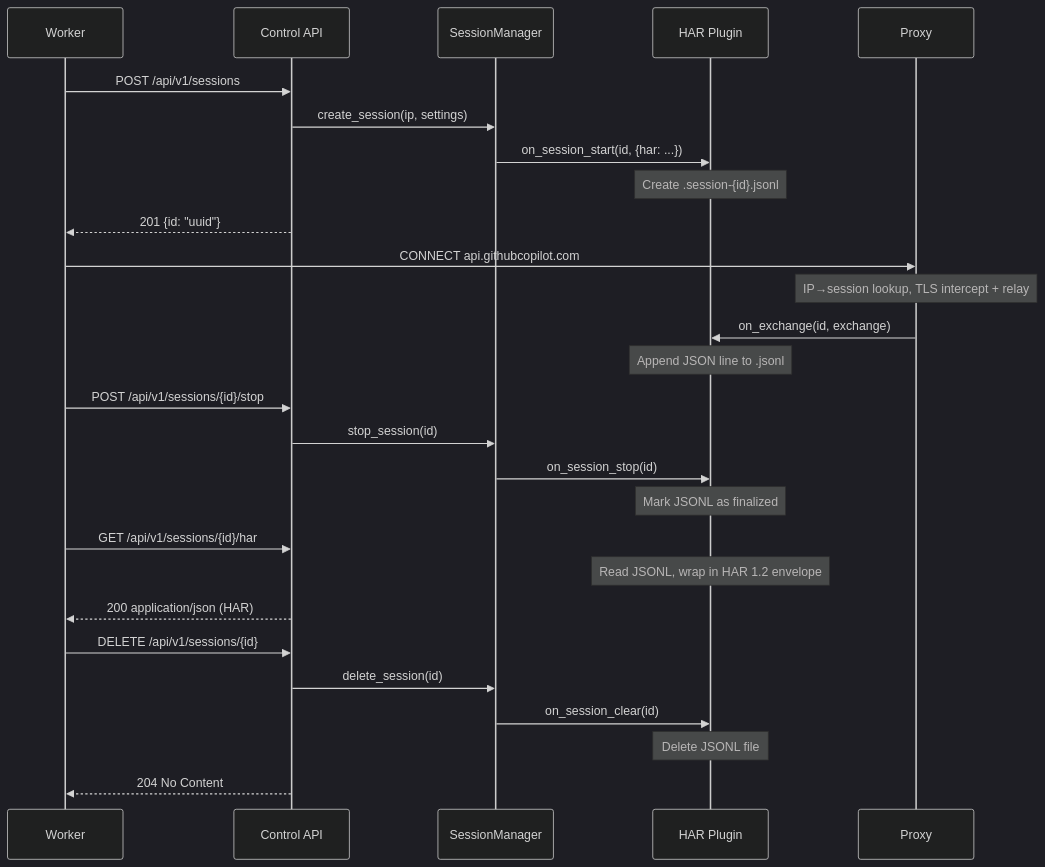
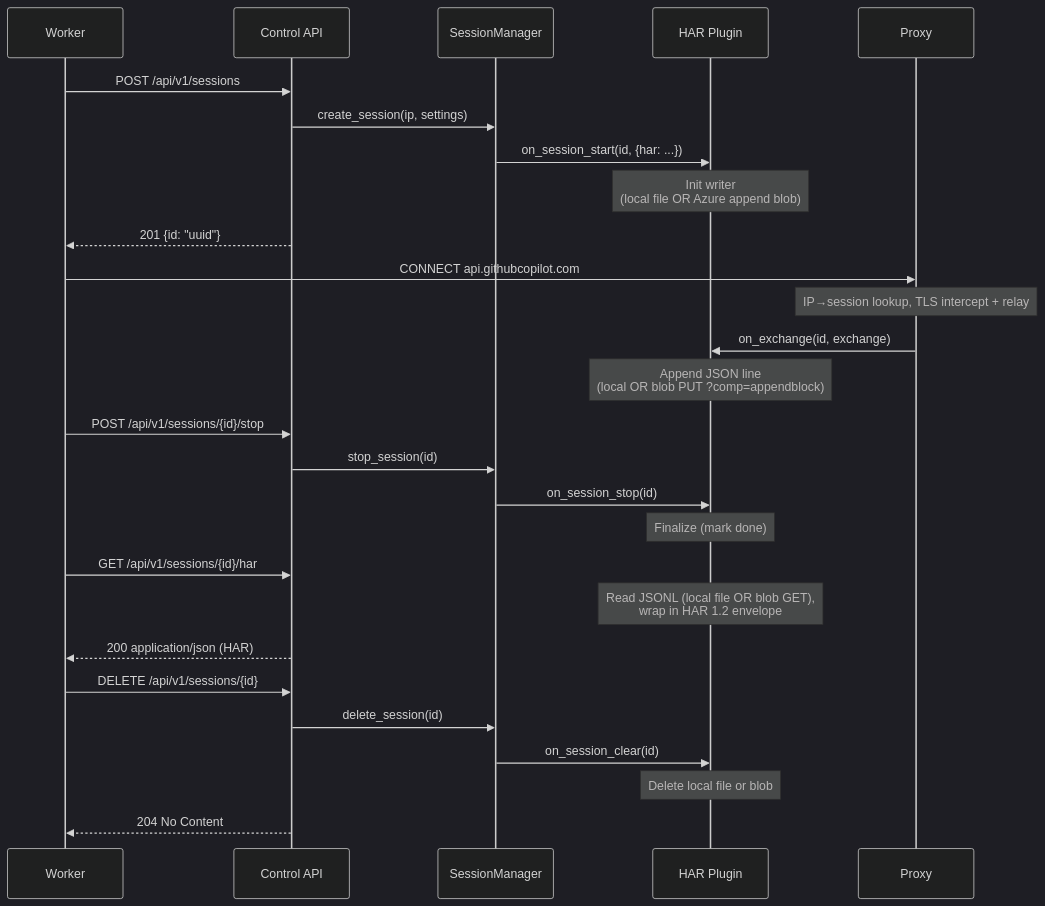
The third of 5 diagrams in docs/architecture/ai-gateway.md (Gile987/scope), drawn with Mermaid (dark theme) before and after one commit. The commit also changed other lines of this file, not shown here.

Commit message:
docs(ai-gateway): update diagrams for blob storage, Redis, token plugin

````diff
--- a/docs/architecture/ai-gateway.md
+++ b/docs/architecture/ai-gateway.md
@@ -164,34 +176,34 @@
 ```mermaid
 sequenceDiagram
     participant W as Worker
     participant API as Control API
     participant SM as SessionManager
     participant HAR as HAR Plugin
     participant PX as Proxy
 
     W->>API: POST /api/v1/sessions
     API->>SM: create_session(ip, settings)
     SM->>HAR: on_session_start(id, {har: ...})
-    Note over HAR: Create .session-{id}.jsonl
+    Note over HAR: Init writer<br/>(local file OR Azure append blob)
     API-->>W: 201 {id: "uuid"}
 
     W->>PX: CONNECT api.githubcopilot.com
     Note over PX: IP→session lookup, TLS intercept + relay
     PX->>HAR: on_exchange(id, exchange)
-    Note over HAR: Append JSON line to .jsonl
+    Note over HAR: Append JSON line<br/>(local OR blob PUT ?comp=appendblock)
 
     W->>API: POST /api/v1/sessions/{id}/stop
     API->>SM: stop_session(id)
     SM->>HAR: on_session_stop(id)
-    Note over HAR: Mark JSONL as finalized
+    Note over HAR: Finalize (mark done)
 
     W->>API: GET /api/v1/sessions/{id}/har
-    Note over HAR: Read JSONL, wrap in HAR 1.2 envelope
+    Note over HAR: Read JSONL (local file OR blob GET),<br/>wrap in HAR 1.2 envelope
     API-->>W: 200 application/json (HAR)
 
     W->>API: DELETE /api/v1/sessions/{id}
     API->>SM: delete_session(id)
     SM->>HAR: on_session_clear(id)
-    Note over HAR: Delete JSONL file
+    Note over HAR: Delete local file or blob
     API-->>W: 204 No Content
 ```
````
